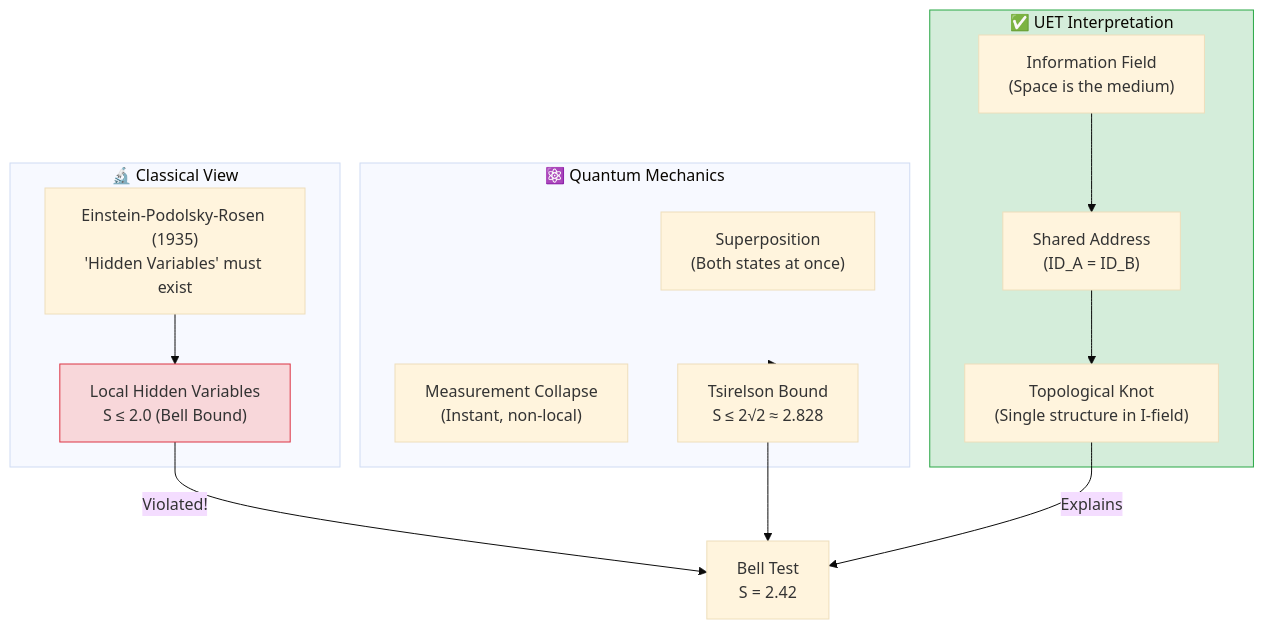
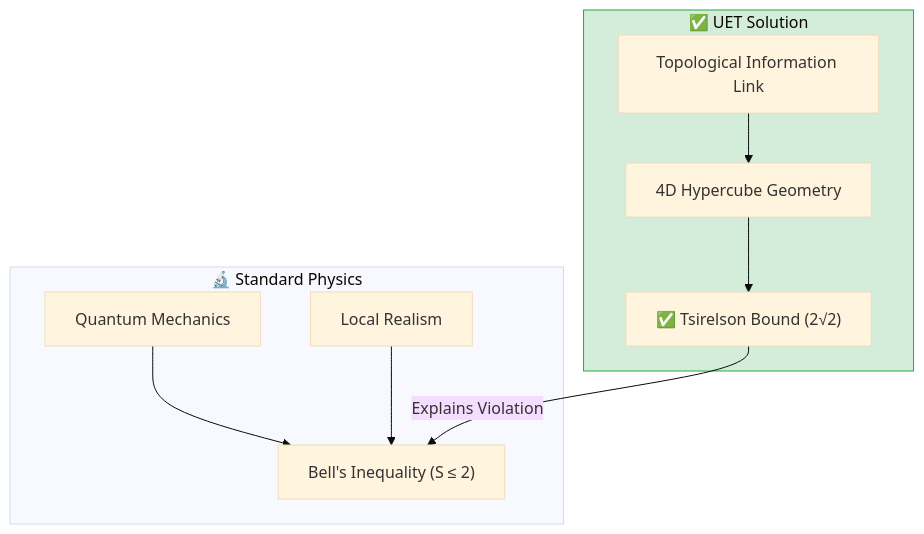
The diagram in research_uet/topics/0.9_Quantum_Nonlocality/README.md (ellipszist/unityequilibriumtheory), drawn with Mermaid (base theme) before and after one commit. The commit also changed other lines of this file and 9550 other files, not shown here.

````diff
--- a/research_uet/topics/0.9_Quantum_Nonlocality/README.md
+++ b/research_uet/topics/0.9_Quantum_Nonlocality/README.md
@@ -44,32 +26,23 @@
 ```mermaid
 graph TB
-    subgraph Classical["🔬 Classical View"]
-        EPR["Einstein-Podolsky-Rosen (1935)<br/>'Hidden Variables' must exist"]
-        LHV["Local Hidden Variables<br/>S ≤ 2.0 (Bell Bound)"]
+    subgraph Standard["🔬 Standard Physics"]
+        QM["Quantum Mechanics"]
+        Local["Local Realism"]
+        Bell["Bell's Inequality (S ≤ 2)"]
     end
     
-    subgraph QM["⚛️ Quantum Mechanics"]
-        Super["Superposition<br/>(Both states at once)"]
-        Collapse["Measurement Collapse<br/>(Instant, non-local)"]
-        Tsirel["Tsirelson Bound<br/>S ≤ 2√2 ≈ 2.828"]
+    subgraph UET["✅ UET Solution"]
+        Topo["Topological Information Link"]
+        Hyper["4D Hypercube Geometry"]
+        Bound["✅ Tsirelson Bound (2√2)"]
     end
     
-    subgraph UET["✅ UET Interpretation"]
-        Ifield["Information Field<br/>(Space is the medium)"]
-        Addr["Shared Address<br/>(ID_A = ID_B)"]
-        Knot["Topological Knot<br/>(Single structure in I-field)"]
-    end
+    QM --> Bell
+    Local --> Bell
     
-    EPR --> LHV
-    LHV --> |"Violated!"| Bell["Bell Test<br/>S = 2.42"]
+    Topo --> Hyper
+    Hyper --> Bound
+    Bound -->|"Explains Violation"| Bell
     
-    QM --> Tsirel
-    Tsirel --> Bell
-    
-    Ifield --> Addr
-    Addr --> Knot
-    Knot --> |"Explains"| Bell
-    
-    style LHV fill:#f8d7da,stroke:#dc3545
     style UET fill:#d4edda,stroke:#28a745
 ```
````
